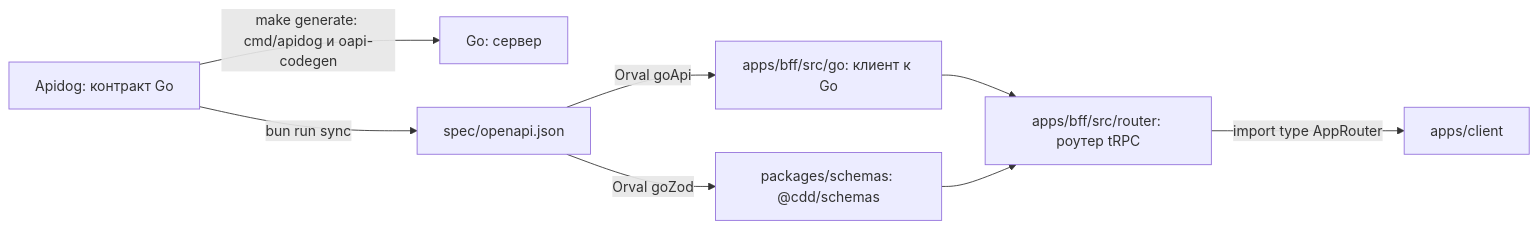
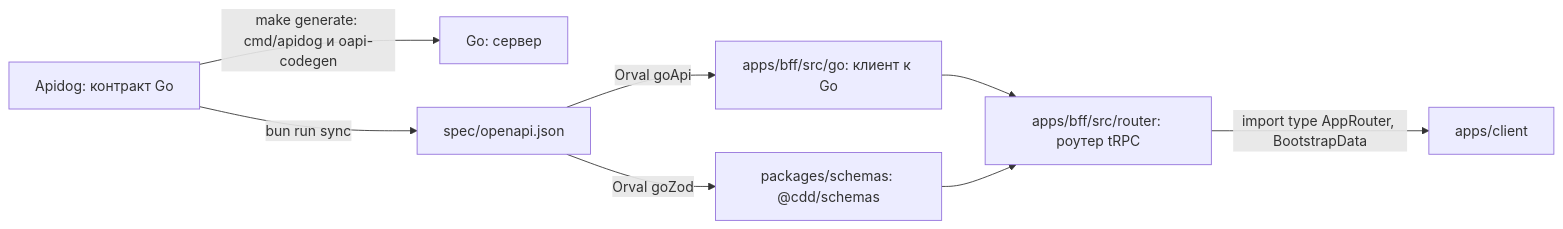
One commit to Cringe-Driven-Development-Team/docs changed the diagram in site/modules/2/tracks/bff/contract.md. Above: the diagram before and after it, drawn with Mermaid. The commit also changed other lines of this file and 6 other files, not shown here.

````diff
--- a/site/modules/2/tracks/bff/contract.md
+++ b/site/modules/2/tracks/bff/contract.md
@@ -13,10 +13,10 @@
 ```mermaid
 flowchart LR
     D["Apidog: контракт Go"] -->|"make generate: cmd/apidog и oapi-codegen"| G["Go: сервер"]
     D -->|"bun run sync"| S["spec/openapi.json"]
     S -->|"Orval goApi"| GA["apps/bff/src/go: клиент к Go"]
     S -->|"Orval goZod"| GZ["packages/schemas: @cdd/schemas"]
     GA --> R["apps/bff/src/router: роутер tRPC"]
     GZ --> R
-    R -->|"import type AppRouter"| C["apps/client"]
+    R -->|"import type AppRouter, BootstrapData"| C["apps/client"]
 ```
````
